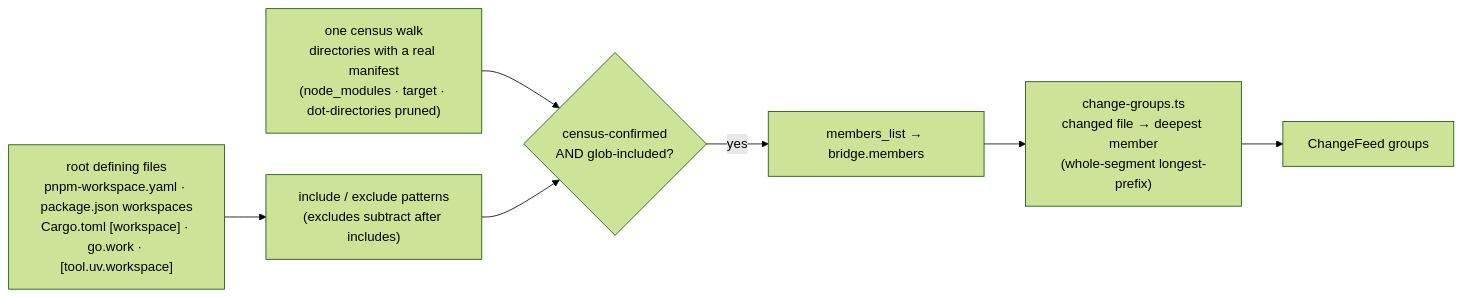
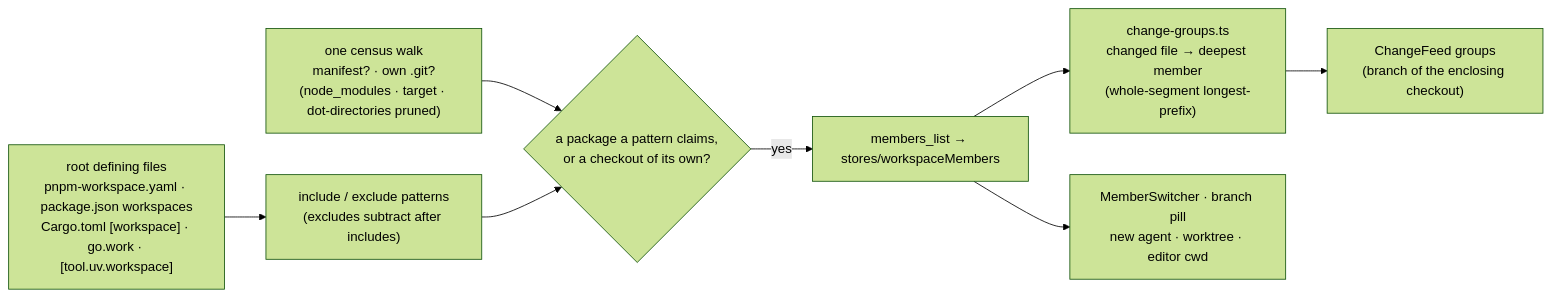
One commit to avi12/pade changed the sixth of 7 diagrams in ARCHITECTURE.md. Above: the diagram before and after it, drawn with Mermaid (forest theme). The commit also changed other lines of this file and 10 other files, not shown here.

````diff
--- a/ARCHITECTURE.md
+++ b/ARCHITECTURE.md
@@ -298,9 +310,10 @@
 ```mermaid
 flowchart LR
   Defs["root defining files<br/>pnpm-workspace.yaml · package.json workspaces<br/>Cargo.toml [workspace] · go.work · [tool.uv.workspace]"] --> Globs["include / exclude patterns<br/>(excludes subtract after includes)"]
-  Walk["one census walk<br/>directories with a real manifest<br/>(node_modules · target · dot-directories pruned)"] --> Confirm{"census-confirmed<br/>AND glob-included?"}
+  Walk["one census walk<br/>manifest? · own .git?<br/>(node_modules · target · dot-directories pruned)"] --> Confirm{"a package a pattern claims,<br/>or a checkout of its own?"}
   Globs --> Confirm
-  Confirm -->|yes| Members["members_list → bridge.members"]
+  Confirm -->|yes| Members["members_list → stores/workspaceMembers"]
   Members --> Assign["change-groups.ts<br/>changed file → deepest member<br/>(whole-segment longest-prefix)"]
-  Assign --> Feed["ChangeFeed groups"]
+  Members --> Switcher["MemberSwitcher · branch pill<br/>new agent · worktree · editor cwd"]
+  Assign --> Feed["ChangeFeed groups<br/>(branch of the enclosing checkout)"]
 ```
````
